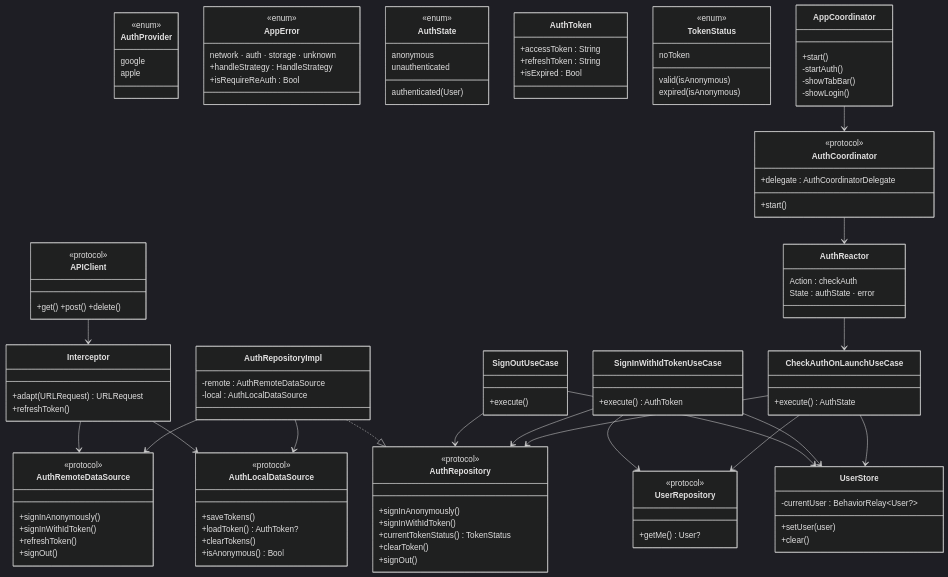
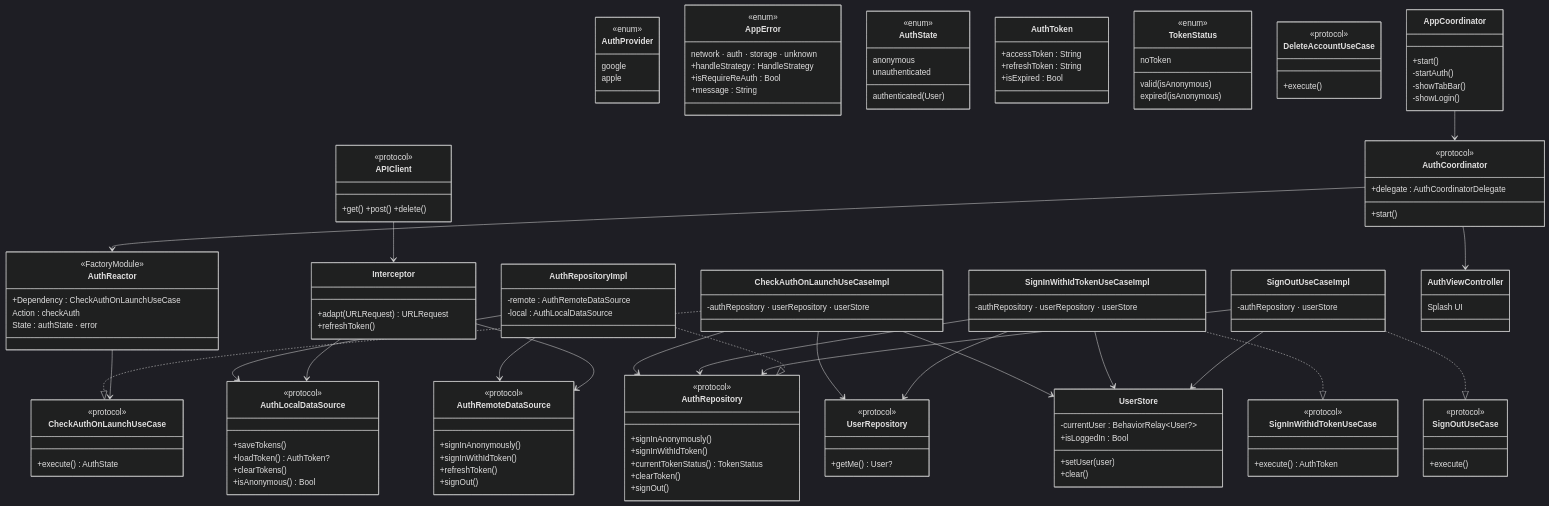
One commit to 23ji/09Market changed the second of 3 diagrams in docs/01.Auth/Auth.md. Above: the diagram before and after it, drawn with Mermaid (dark theme). The commit also changed other lines of this file, not shown here.

Commit message:
[DOCS] Auth 설계 문서 v1.1 업데이트: 모듈 구조 변경 및 Pure DI 반영

````diff
--- a/docs/01.Auth/Auth.md
+++ b/docs/01.Auth/Auth.md
@@ -79,6 +80,7 @@
     %% ── Core Layer ──
     class UserStore {
         -currentUser : BehaviorRelay~User?~
+        +isLoggedIn : Bool
         +setUser(user)
         +clear()
     }
@@ -92,6 +94,7 @@
         network · auth · storage · unknown
         +handleStrategy : HandleStrategy
         +isRequireReAuth : Bool
+        +message : String
     }
 
     %% ── Domain Layer : Entity ──
@@ -113,7 +116,7 @@
         expired(isAnonymous)
     }
 
-    %% ── Domain Layer : Protocol ──
+    %% ── Domain Layer : Protocol (Interface) ──
     class AuthRepository {
         <<protocol>>
         +signInAnonymously()
@@ -127,15 +130,33 @@
         +getMe() User?
     }
 
-    %% ── Domain Layer : UseCase ──
+    %% ── Domain Layer : UseCase (Interface) ──
     class CheckAuthOnLaunchUseCase {
+        <<protocol>>
         +execute() AuthState
     }
     class SignInWithIdTokenUseCase {
+        <<protocol>>
         +execute() AuthToken
     }
     class SignOutUseCase {
+        <<protocol>>
         +execute()
+    }
+    class DeleteAccountUseCase {
+        <<protocol>>
+        +execute()
+    }
+
+    %% ── Domain Layer : UseCase (Implement - DomainImpl) ──
+    class CheckAuthOnLaunchUseCaseImpl {
+        -authRepository · userRepository · userStore
+    }
+    class SignInWithIdTokenUseCaseImpl {
+        -authRepository · userRepository · userStore
+    }
+    class SignOutUseCaseImpl {
+        -authRepository · userStore
     }
 
     %% ── Data Layer ──
@@ -168,8 +189,13 @@
 
     %% ── Feature Layer ──
     class AuthReactor {
+        <<FactoryModule>>
+        +Dependency : CheckAuthOnLaunchUseCase
         Action : checkAuth
         State : authState · error
+    }
+    class AuthViewController {
+        Splash UI
     }
     class AuthCoordinator {
         <<protocol>>
@@ -184,16 +210,19 @@
     }
 
     %% ── Relationships ──
-    CheckAuthOnLaunchUseCase --> AuthRepository
-    CheckAuthOnLaunchUseCase --> UserRepository
-    CheckAuthOnLaunchUseCase --> UserStore
+    CheckAuthOnLaunchUseCaseImpl ..|> CheckAuthOnLaunchUseCase
+    CheckAuthOnLaunchUseCaseImpl --> AuthRepository
+    CheckAuthOnLaunchUseCaseImpl --> UserRepository
+    CheckAuthOnLaunchUseCaseImpl --> UserStore
 
-    SignInWithIdTokenUseCase --> AuthRepository
-    SignInWithIdTokenUseCase --> UserRepository
-    SignInWithIdTokenUseCase --> UserStore
+    SignInWithIdTokenUseCaseImpl ..|> SignInWithIdTokenUseCase
+    SignInWithIdTokenUseCaseImpl --> AuthRepository
+    SignInWithIdTokenUseCaseImpl --> UserRepository
+    SignInWithIdTokenUseCaseImpl --> UserStore
 
-    SignOutUseCase --> AuthRepository
-    SignOutUseCase --> UserStore
+    SignOutUseCaseImpl ..|> SignOutUseCase
+    SignOutUseCaseImpl --> AuthRepository
+    SignOutUseCaseImpl --> UserStore
 
     AuthRepositoryImpl ..|> AuthRepository
     AuthRepositoryImpl --> AuthRemoteDataSource
@@ -205,5 +234,6 @@
 
     AuthReactor --> CheckAuthOnLaunchUseCase
     AuthCoordinator --> AuthReactor
+    AuthCoordinator --> AuthViewController
     AppCoordinator --> AuthCoordinator
 ```
````
